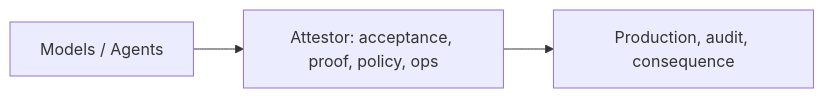
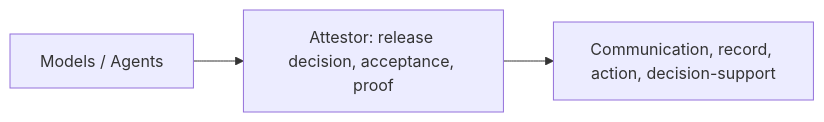
The first of 4 diagrams in README.md (0xlamarr-labs/attestor), drawn with Mermaid before and after one commit. The commit also changed other lines of this file and 5 other files, not shown here.

````diff
--- a/README.md
+++ b/README.md
@@ -49,5 +49,5 @@
 ```mermaid
 flowchart LR
-  M["Models / Agents"] --> A["Attestor: acceptance, proof, policy, ops"]
-  A --> C["Production, audit, consequence"]
+  M["Models / Agents"] --> A["Attestor: release decision, acceptance, proof"]
+  A --> C["Communication, record, action, decision-support"]
 ```
````
